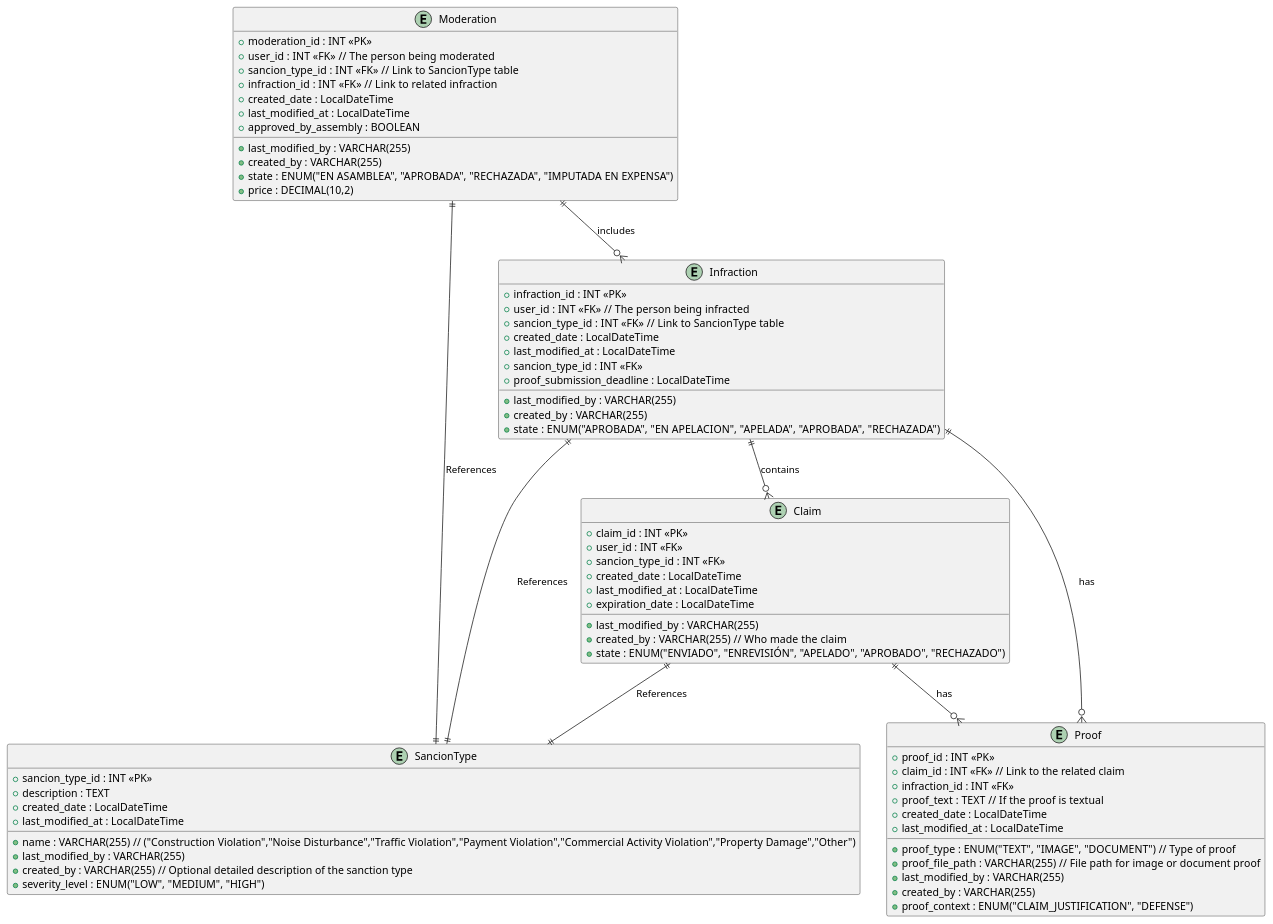
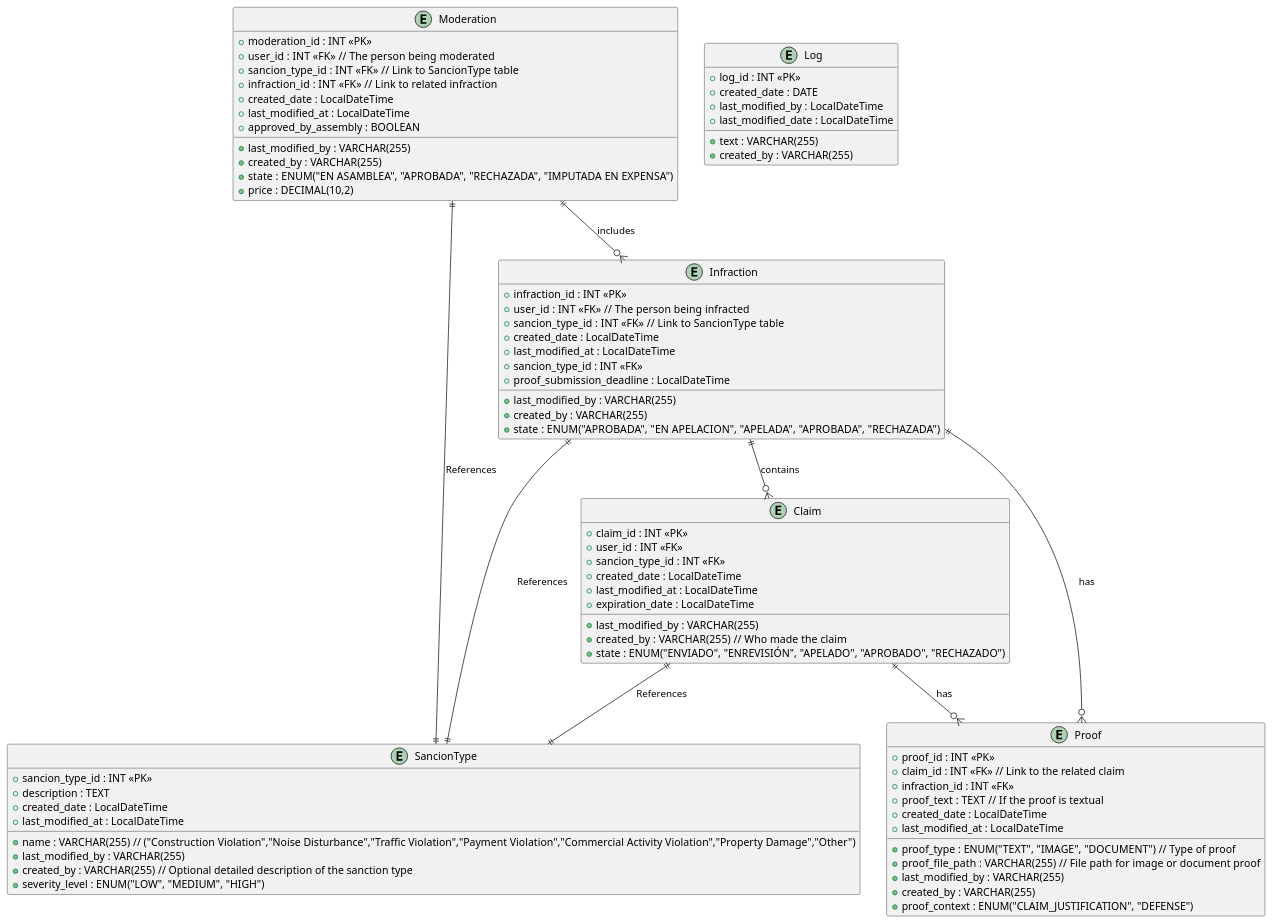
One commit to 406021-GAUFFIN/public-moderations changed the diagram in docs/app_doc/diagrams/class.puml. Above: the diagram before and after it, drawn with PlantUML.

Commit message:
added log entity

```diff
--- a/docs/app_doc/diagrams/class.puml
+++ b/docs/app_doc/diagrams/class.puml
@@ -1,78 +1,86 @@
 @startuml
 
 entity "Claim" as claim {
   + claim_id : INT <<PK>>
   + user_id : INT <<FK>>
   + sancion_type_id : INT <<FK>>
   + created_date : LocalDateTime
   + last_modified_at : LocalDateTime
   + last_modified_by : VARCHAR(255)
   + created_by : VARCHAR(255)  // Who made the claim
   + expiration_date : LocalDateTime
   + state : ENUM("ENVIADO", "ENREVISIÓN", "APELADO", "APROBADO", "RECHAZADO")
 
 
   }
 
 entity "SancionType" as sancion_type {
   + sancion_type_id : INT <<PK>>
   + name : VARCHAR(255)  // ("Construction Violation","Noise Disturbance","Traffic Violation","Payment Violation","Commercial Activity Violation","Property Damage","Other")
   + description : TEXT
   + created_date : LocalDateTime
   + last_modified_at : LocalDateTime
   + last_modified_by : VARCHAR(255)
   + created_by : VARCHAR(255) // Optional detailed description of the sanction type
   + severity_level : ENUM("LOW", "MEDIUM", "HIGH")
 }
 entity "Proof" as proof {
   + proof_id : INT <<PK>>
   + claim_id : INT <<FK>> // Link to the related claim
   + infraction_id : INT <<FK>>
   + proof_type : ENUM("TEXT", "IMAGE", "DOCUMENT")  // Type of proof
   + proof_text : TEXT  // If the proof is textual
   + proof_file_path : VARCHAR(255)  // File path for image or document proof
   + created_date : LocalDateTime
   + last_modified_at : LocalDateTime
   + last_modified_by : VARCHAR(255)
   + created_by : VARCHAR(255)
   + proof_context : ENUM("CLAIM_JUSTIFICATION", "DEFENSE")
 }
 
 entity "Infraction" as infraction {
   + infraction_id : INT <<PK>>
   + user_id : INT <<FK>>  // The person being infracted
   + sancion_type_id : INT <<FK>>  // Link to SancionType table
   + created_date : LocalDateTime
   + last_modified_at : LocalDateTime
   + last_modified_by : VARCHAR(255)
   + created_by : VARCHAR(255)
   + sancion_type_id : INT <<FK>>
   + proof_submission_deadline : LocalDateTime
   + state : ENUM("APROBADA", "EN APELACION", "APELADA", "APROBADA", "RECHAZADA")
 }
+entity "Log" as log {
+  + log_id : INT <<PK>>
+  + text : VARCHAR(255)
+  + created_by : VARCHAR(255)
+  + created_date : DATE
+  + last_modified_by : LocalDateTime
+  + last_modified_date : LocalDateTime
 
+}
 entity "Moderation" as moderation {
   + moderation_id : INT <<PK>>
   + user_id : INT <<FK>>  // The person being moderated
   + sancion_type_id : INT <<FK>>  // Link to SancionType table
   + infraction_id : INT <<FK>>  // Link to related infraction
   + created_date : LocalDateTime
   + last_modified_at : LocalDateTime
   + last_modified_by : VARCHAR(255)
   + created_by : VARCHAR(255)
   + state : ENUM("EN ASAMBLEA", "APROBADA", "RECHAZADA", "IMPUTADA EN EXPENSA")
   + price : DECIMAL(10,2)
   + approved_by_assembly : BOOLEAN
 }
 
 claim ||--|| sancion_type : "References"
 
 moderation ||--|| sancion_type : "References"
 claim ||--o{ proof : "has"
 infraction ||--o{ claim : "contains"
 infraction ||--|| sancion_type : "References"
 infraction ||--o{ proof : "has"
 moderation ||--o{ infraction : "includes"
 
 
 @enduml
```
